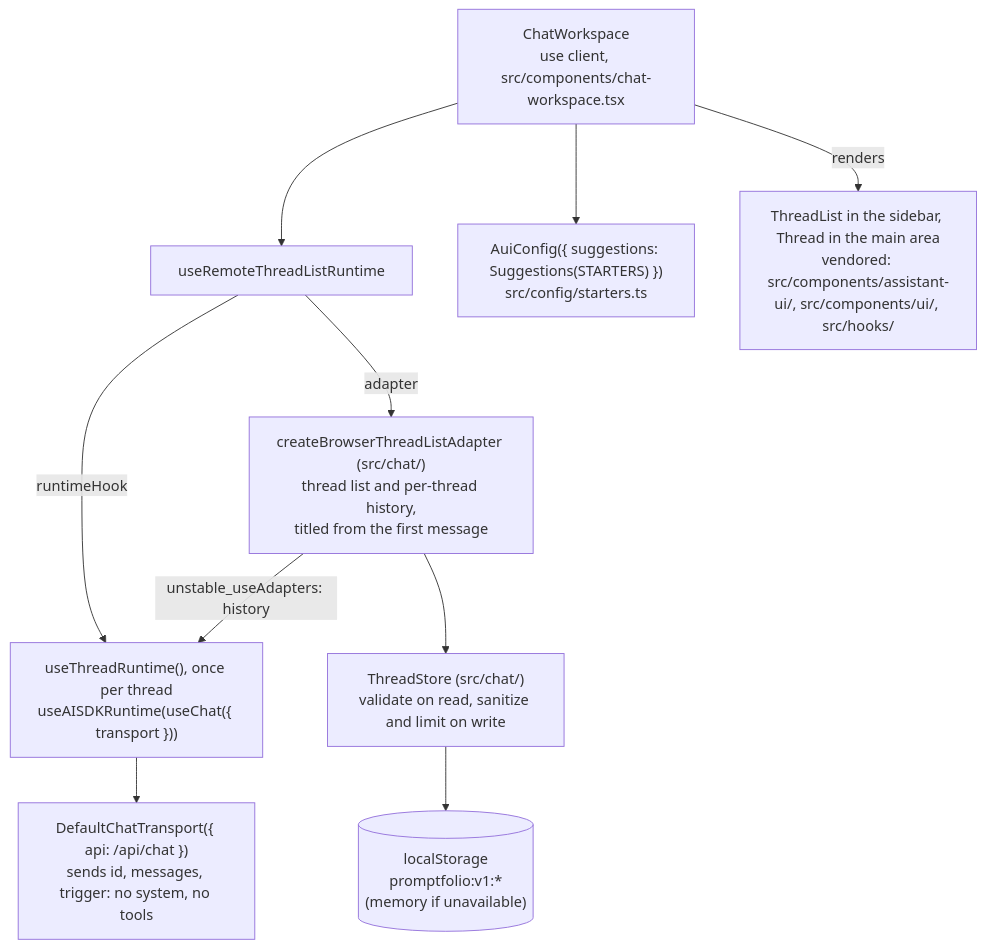
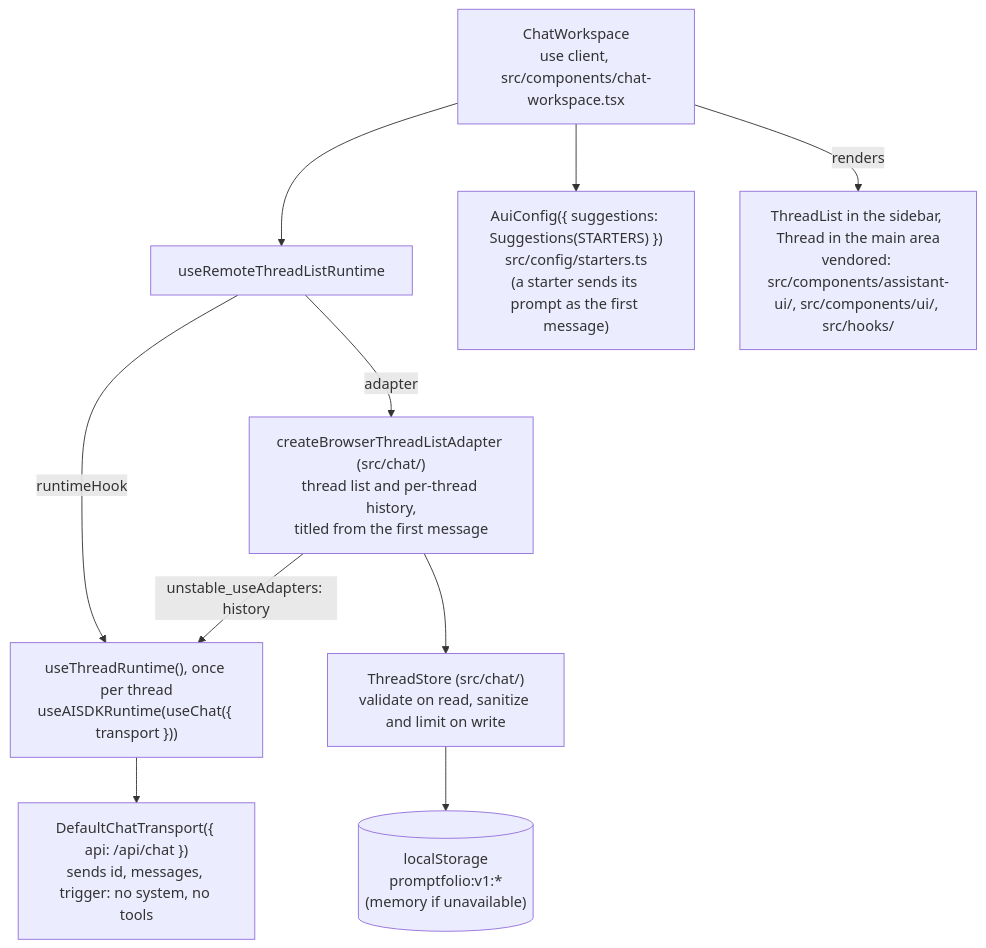
The fourth of 5 diagrams in docs/ARCHITECTURE.md (promptfolios/promptfolio), drawn with Mermaid before and after one commit. The commit also changed other lines of this file and 4 other files, not shown here.

````diff
--- a/docs/ARCHITECTURE.md
+++ b/docs/ARCHITECTURE.md
@@ -146,21 +169,21 @@
 ```mermaid
 flowchart TD
     ws["ChatWorkspace<br/>use client, src/components/chat-workspace.tsx"]
     list["useRemoteThreadListRuntime"]
     adapter["createBrowserThreadListAdapter (src/chat/)<br/>thread list and per-thread history,<br/>titled from the first message"]
     store["ThreadStore (src/chat/)<br/>validate on read, sanitize and limit on write"]
     ls[("localStorage<br/>promptfolio:v1:*<br/>(memory if unavailable)")]
     thread["useThreadRuntime(), once per thread<br/>useAISDKRuntime(useChat({ transport }))"]
     transport["DefaultChatTransport({ api: /api/chat })<br/>sends id, messages, trigger: no system, no tools"]
-    config["AuiConfig({ suggestions: Suggestions(STARTERS) })<br/>src/config/starters.ts"]
+    config["AuiConfig({ suggestions: Suggestions(STARTERS) })<br/>src/config/starters.ts<br/>(a starter sends its prompt as the first message)"]
     ui["ThreadList in the sidebar, Thread in the main area<br/>vendored: src/components/assistant-ui/, src/components/ui/, src/hooks/"]
 
     ws --> list
     list -- adapter --> adapter
     list -- runtimeHook --> thread
     adapter -- "unstable_useAdapters: history" --> thread
     adapter --> store --> ls
     thread --> transport
     ws --> config
     ws -- renders --> ui
 ```
````
